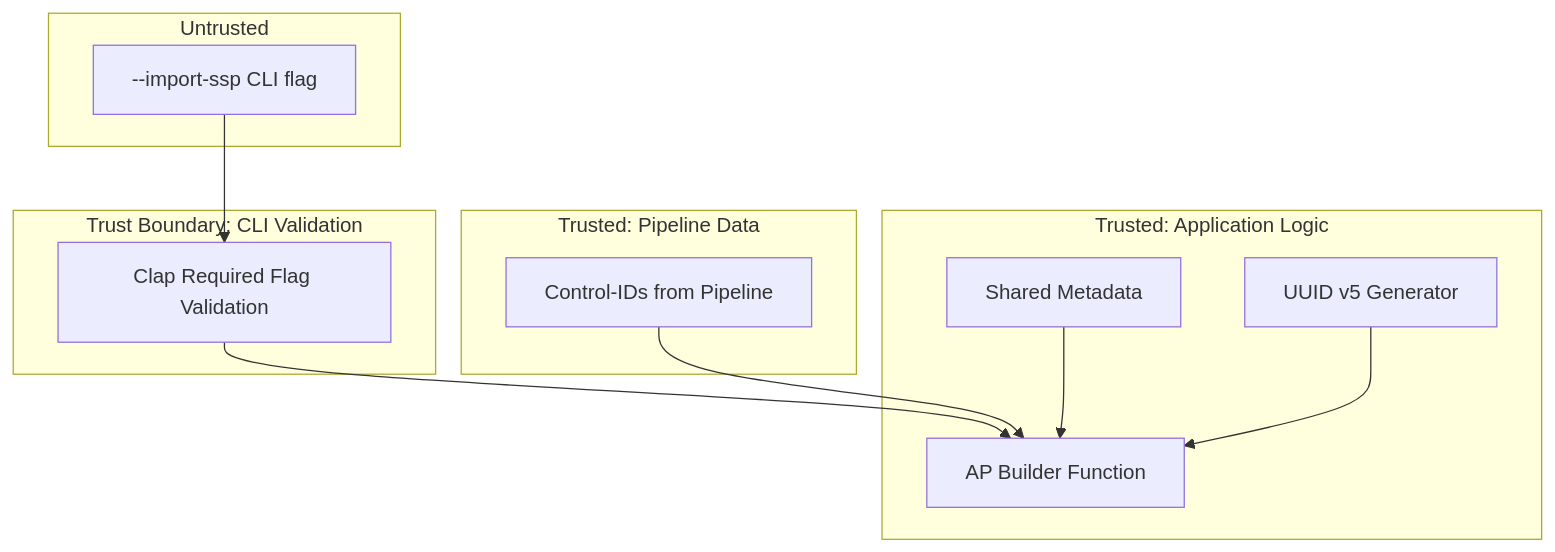
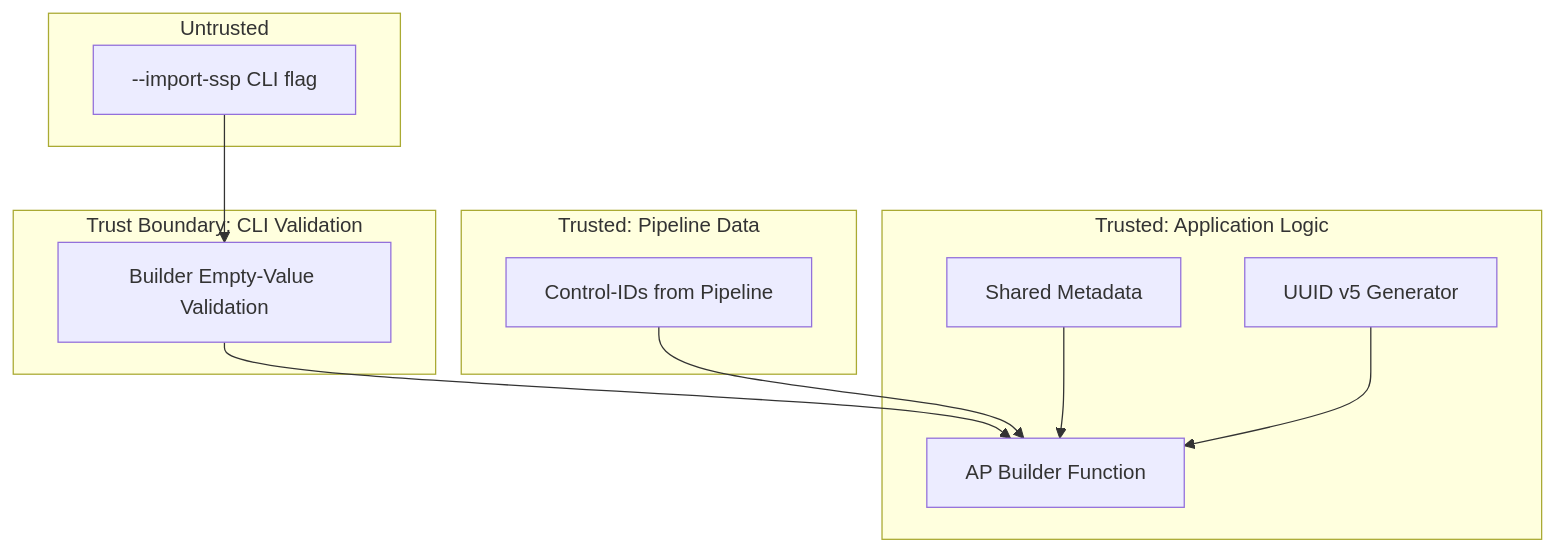
Before and after one commit to policy-forge/forge: the third of 3 diagrams in docs/SEC/041-sec-assessment-plan-controls.md, drawn with Mermaid. The commit also changed other lines of this file and 22 other files, not shown here.

````diff
--- a/docs/SEC/041-sec-assessment-plan-controls.md
+++ b/docs/SEC/041-sec-assessment-plan-controls.md
@@ -260,26 +260,26 @@
 ```mermaid
 flowchart TD
     subgraph "Untrusted"
         SSP["--import-ssp CLI flag"]
     end
 
     subgraph "Trust Boundary: CLI Validation"
-        CLIVAL[Clap Required Flag Validation]
+        CLIVAL[Builder Empty-Value Validation]
     end
 
     subgraph "Trusted: Pipeline Data"
         IDS[Control-IDs from Pipeline]
     end
 
     subgraph "Trusted: Application Logic"
         BUILD[AP Builder Function]
         META[Shared Metadata]
         UUID[UUID v5 Generator]
     end
 
     SSP --> CLIVAL
     CLIVAL --> BUILD
     IDS --> BUILD
     META --> BUILD
     UUID --> BUILD
 ```
````
